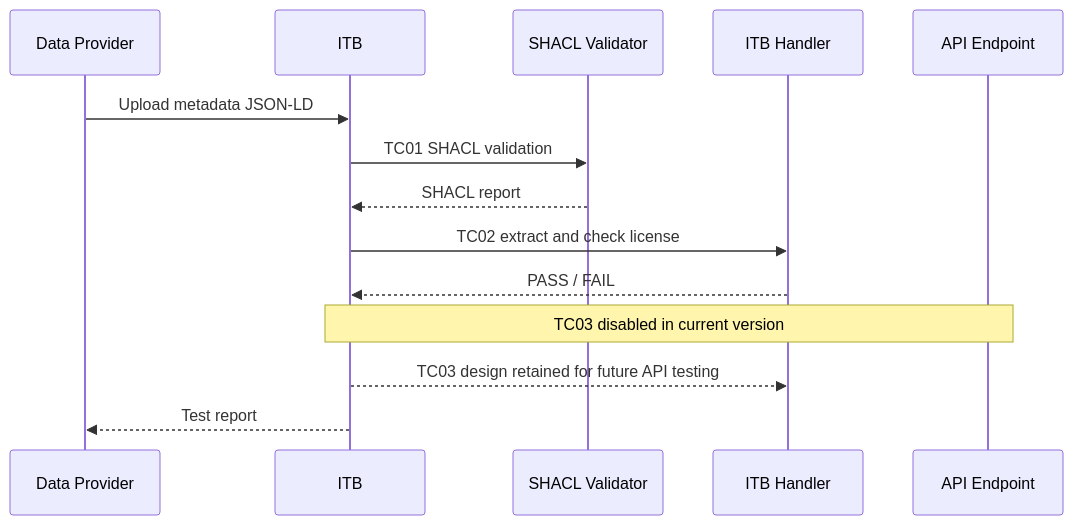
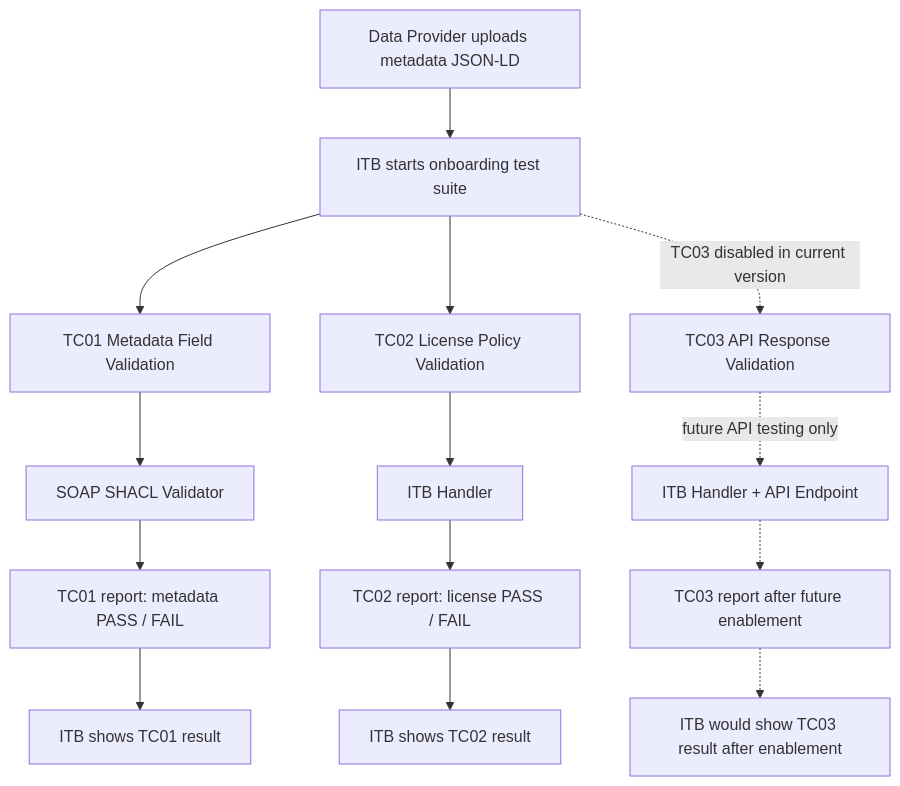
Before and after one commit to ttommybot/DSSC_Toolbox_ITB_with_Validator: the diagram in Report/D_test_suite_design.md, drawn with Mermaid. The commit also changed other lines of this file, not shown here.

Commit message:
Update test suite design

````diff
--- a/Report/D_test_suite_design.md
+++ b/Report/D_test_suite_design.md
@@ -90,17 +89,20 @@
 ```mermaid
-sequenceDiagram
-    participant Provider as Data Provider
-    participant ITB as ITB
-    participant SHACL as SHACL Validator
-    participant Handler as ITB Handler
-    participant API as API Endpoint
+flowchart TB
+    A["Data Provider uploads metadata JSON-LD"] --> B["ITB starts onboarding test suite"]
 
-    Provider->>ITB: Upload metadata JSON-LD
-    ITB->>SHACL: TC01 SHACL validation
-    SHACL-->>ITB: SHACL report
-    ITB->>Handler: TC02 extract and check license
-    Handler-->>ITB: PASS / FAIL
-    Note over ITB,API: TC03 disabled in current version
-    ITB-->>Handler: TC03 design retained for future API testing
-    ITB-->>Provider: Test report
+    B --> C1["TC01 Metadata Field Validation"]
+    C1 --> H1["SOAP SHACL Validator"]
+    H1 --> R1["TC01 report: metadata PASS / FAIL"]
+
+    B --> C2["TC02 License Policy Validation"]
+    C2 --> H2["ITB Handler"]
+    H2 --> R2["TC02 report: license PASS / FAIL"]
+
+    B -. "TC03 disabled in current version" .-> C3["TC03 API Response Validation"]
+    C3 -. "future API testing only" .-> H3["ITB Handler + API Endpoint"]
+    H3 -.-> R3["TC03 report after future enablement"]
+
+    R1 --> O1["ITB shows TC01 result"]
+    R2 --> O2["ITB shows TC02 result"]
+    R3 -.-> O3["ITB would show TC03 result after enablement"]
 ```
````
